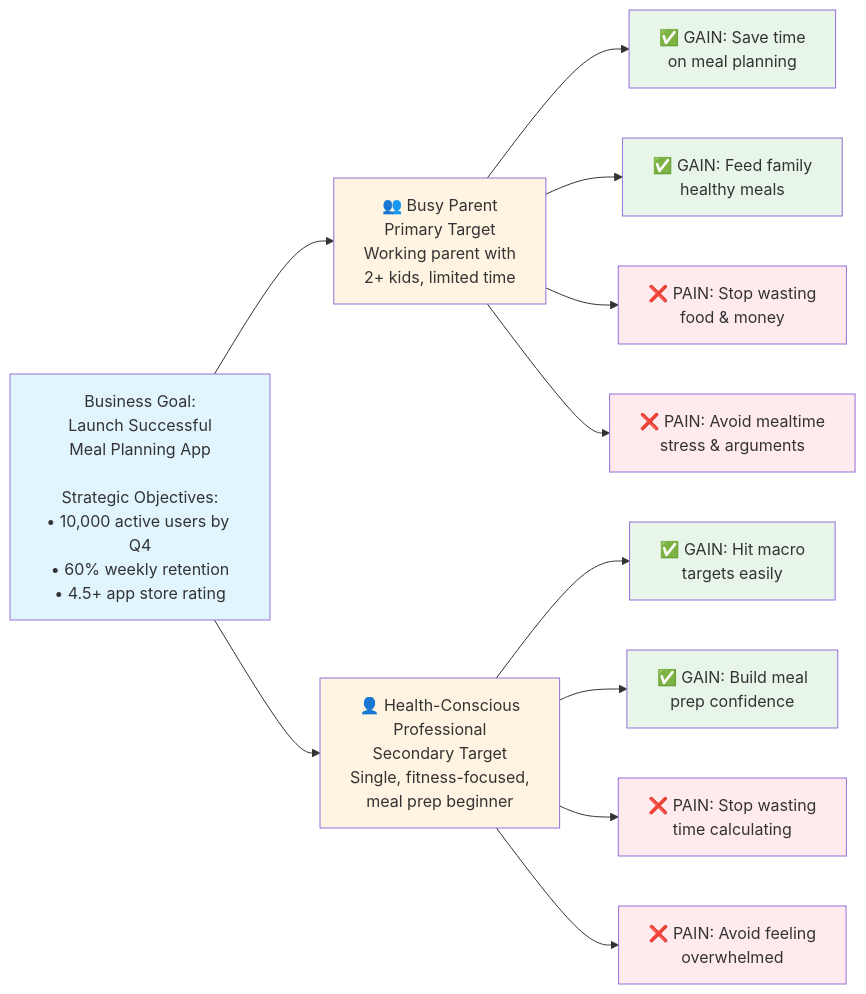
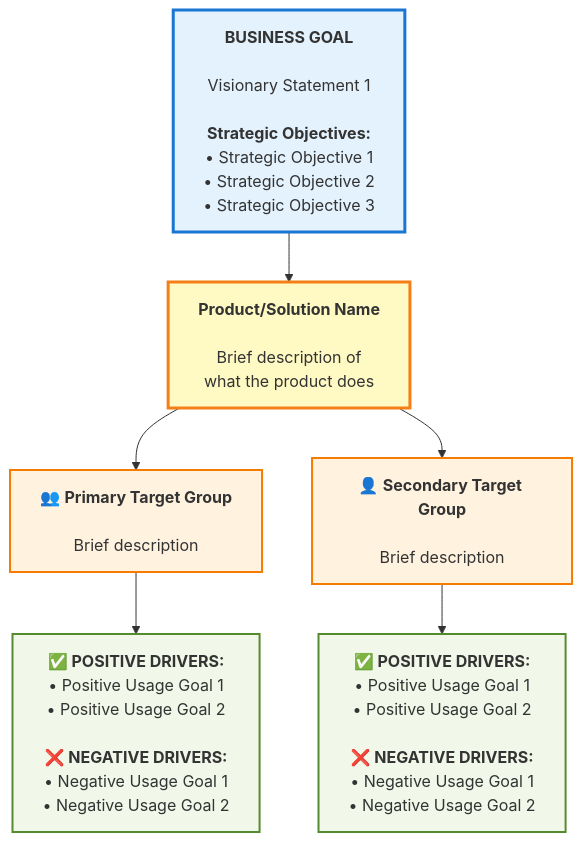
One commit to whiteport-collective/BMAD-METHOD-WDS-ALPHA changed the diagram in src/modules/wds/docs/learn-wds/course-explainers/Module-05-notebook-lm-prompt.md. Above: the diagram before and after it, drawn with Mermaid. The commit also changed other lines of this file, not shown here.

Commit message:
Notebook LM prompt adjustments

````diff
--- a/src/modules/wds/docs/learn-wds/course-explainers/Module-05-notebook-lm-prompt.md
+++ b/src/modules/wds/docs/learn-wds/course-explainers/Module-05-notebook-lm-prompt.md
@@ -156,29 +156,27 @@
 ```mermaid
-graph LR
-    BG[Business Goal:<br/>Launch Successful<br/>Meal Planning App<br/><br/>Strategic Objectives:<br/>• 10,000 active users by Q4<br/>• 60% weekly retention<br/>• 4.5+ app store rating]
+graph TD
+    BG["<b>BUSINESS GOAL</b><br/><br/>Visionary Statement 1<br/><br/><b>Strategic Objectives:</b><br/>• Strategic Objective 1<br/>• Strategic Objective 2<br/>• Strategic Objective 3"]
     
-    BG --> TG1[👥 Busy Parent<br/>Primary Target<br/>Working parent with<br/>2+ kids, limited time]
-    BG --> TG2[👤 Health-Conscious<br/>Professional<br/>Secondary Target<br/>Single, fitness-focused,<br/>meal prep beginner]
+    PRODUCT["<b>Product/Solution Name</b><br/><br/>Brief description of<br/>what the product does"]
     
-    TG1 --> UG1A[✅ GAIN: Save time<br/>on meal planning]
-    TG1 --> UG1B[✅ GAIN: Feed family<br/>healthy meals]
-    TG1 --> UG1C[❌ PAIN: Stop wasting<br/>food & money]
-    TG1 --> UG1D[❌ PAIN: Avoid mealtime<br/>stress & arguments]
+    TG1["👥 <b>Primary Target Group</b><br/><br/>Brief description"]
     
-    TG2 --> UG2A[✅ GAIN: Hit macro<br/>targets easily]
-    TG2 --> UG2B[✅ GAIN: Build meal<br/>prep confidence]
-    TG2 --> UG2C[❌ PAIN: Stop wasting<br/>time calculating]
-    TG2 --> UG2D[❌ PAIN: Avoid feeling<br/>overwhelmed]
+    TG2["👤 <b>Secondary Target Group</b><br/><br/>Brief description"]
     
-    style BG fill:#e1f5ff
-    style TG1 fill:#fff4e1
-    style TG2 fill:#fff4e1
-    style UG1A fill:#e8f5e9
-    style UG1B fill:#e8f5e9
-    style UG1C fill:#ffebee
-    style UG1D fill:#ffebee
-    style UG2A fill:#e8f5e9
-    style UG2B fill:#e8f5e9
-    style UG2C fill:#ffebee
-    style UG2D fill:#ffebee
+    UG1["<b>✅ POSITIVE DRIVERS:</b><br/>• Positive Usage Goal 1<br/>• Positive Usage Goal 2<br/><br/><b>❌ NEGATIVE DRIVERS:</b><br/>• Negative Usage Goal 1<br/>• Negative Usage Goal 2"]
+    
+    UG2["<b>✅ POSITIVE DRIVERS:</b><br/>• Positive Usage Goal 1<br/>• Positive Usage Goal 2<br/><br/><b>❌ NEGATIVE DRIVERS:</b><br/>• Negative Usage Goal 1<br/>• Negative Usage Goal 2"]
+    
+    BG --> PRODUCT
+    PRODUCT --> TG1
+    PRODUCT --> TG2
+    TG1 --> UG1
+    TG2 --> UG2
+    
+    style BG fill:#e3f2fd,stroke:#1976d2,stroke-width:3px
+    style PRODUCT fill:#fff9c4,stroke:#f57f17,stroke-width:3px
+    style TG1 fill:#fff3e0,stroke:#f57c00,stroke-width:2px
+    style TG2 fill:#fff3e0,stroke:#f57c00,stroke-width:2px
+    style UG1 fill:#f1f8e9,stroke:#558b2f,stroke-width:2px
+    style UG2 fill:#f1f8e9,stroke:#558b2f,stroke-width:2px
 ```
````
